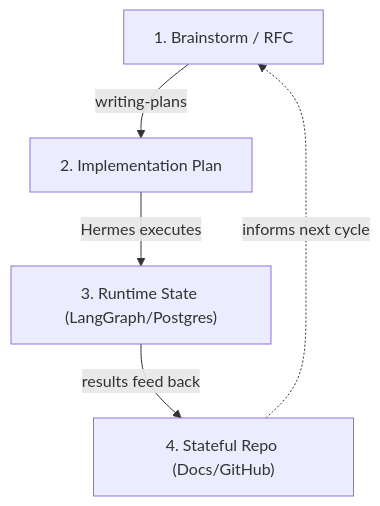
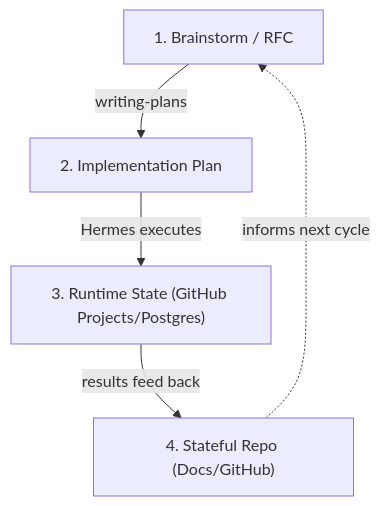
The second of 2 diagrams in docs/PRD.md (thangvq95/thangvq-digital-hub), drawn with Mermaid before and after one commit. The commit also changed other lines of this file and 1 other file, not shown here.

Commit message:
docs: remove LangGraph, solidify Stateless AI & Stateful Repo via GitHub/PostgreSQL

````diff
--- a/docs/PRD.md
+++ b/docs/PRD.md
@@ -168,7 +166,7 @@
 ```mermaid
 graph TB
     L1["1. Brainstorm / RFC"] -->|writing-plans| L2["2. Implementation Plan"]
-    L2 -->|Hermes executes| L3["3. Runtime State (LangGraph/Postgres)"]
+    L2 -->|Hermes executes| L3["3. Runtime State (GitHub Projects/Postgres)"]
     L3 -->|results feed back| L4["4. Stateful Repo (Docs/GitHub)"]
     L4 -.->|informs next cycle| L1
 ```
````
